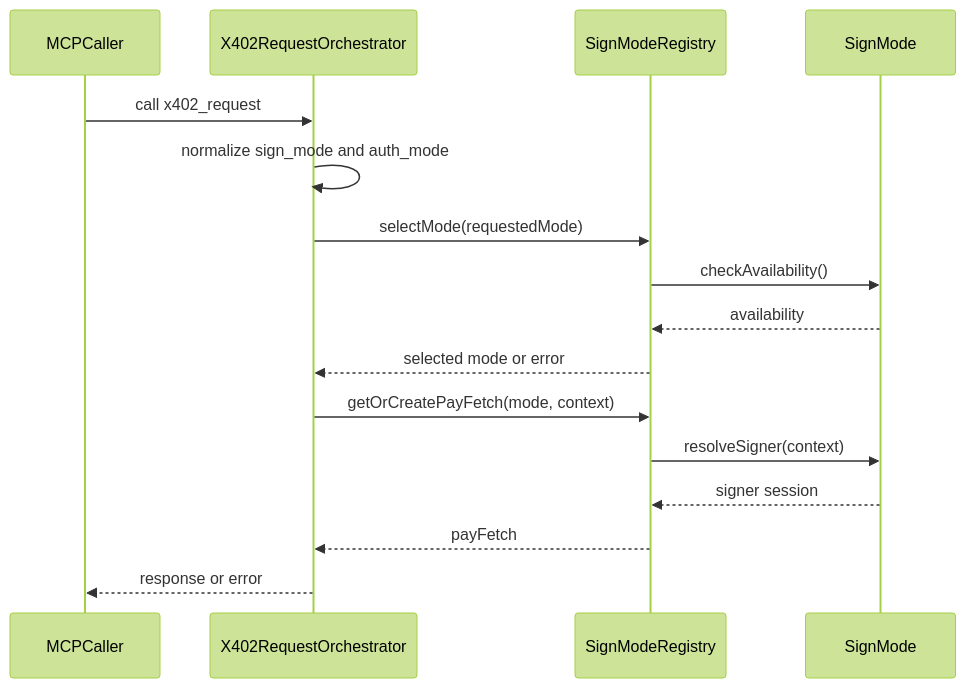
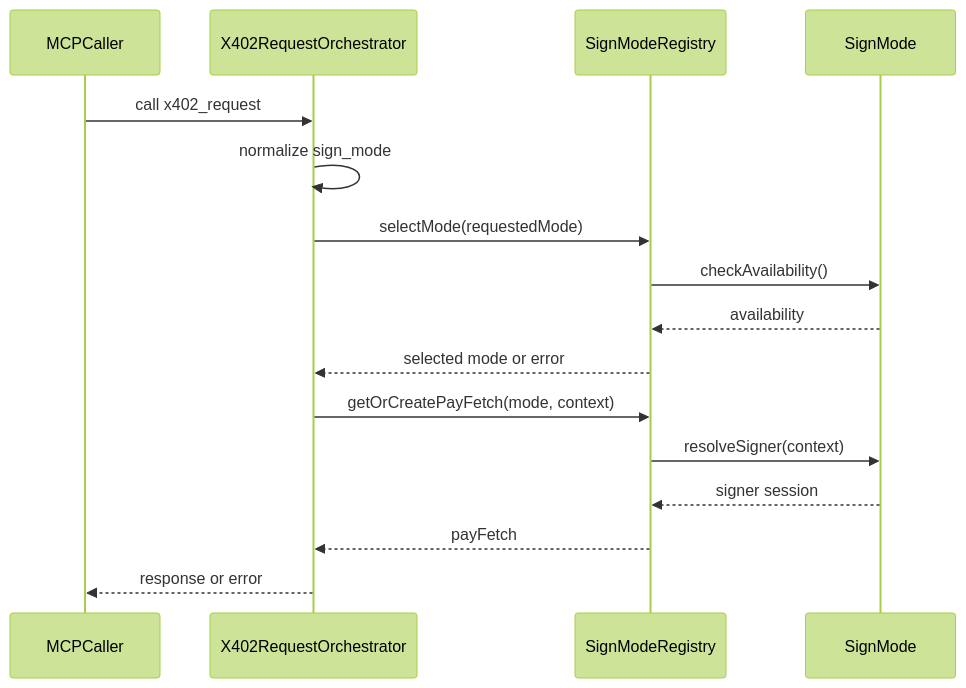
One commit to gate/gatepay-local-mcp changed the second of 4 diagrams in .kiro/specs/pluggable-sign-mode-refactor/design.md. Above: the diagram before and after it, drawn with Mermaid (forest theme). The commit also changed other lines of this file and 7 other files, not shown here.

````diff
--- a/.kiro/specs/pluggable-sign-mode-refactor/design.md
+++ b/.kiro/specs/pluggable-sign-mode-refactor/design.md
@@ -89,19 +89,19 @@
 ```mermaid
 sequenceDiagram
     participant Caller as MCPCaller
     participant Entry as X402RequestOrchestrator
     participant Registry as SignModeRegistry
     participant Mode as SignMode
 
     Caller->>Entry: call x402_request
-    Entry->>Entry: normalize sign_mode and auth_mode
+    Entry->>Entry: normalize sign_mode
     Entry->>Registry: selectMode(requestedMode)
     Registry->>Mode: checkAvailability()
     Mode-->>Registry: availability
     Registry-->>Entry: selected mode or error
     Entry->>Registry: getOrCreatePayFetch(mode, context)
     Registry->>Mode: resolveSigner(context)
     Mode-->>Registry: signer session
     Registry-->>Entry: payFetch
     Entry-->>Caller: response or error
 ```
````
